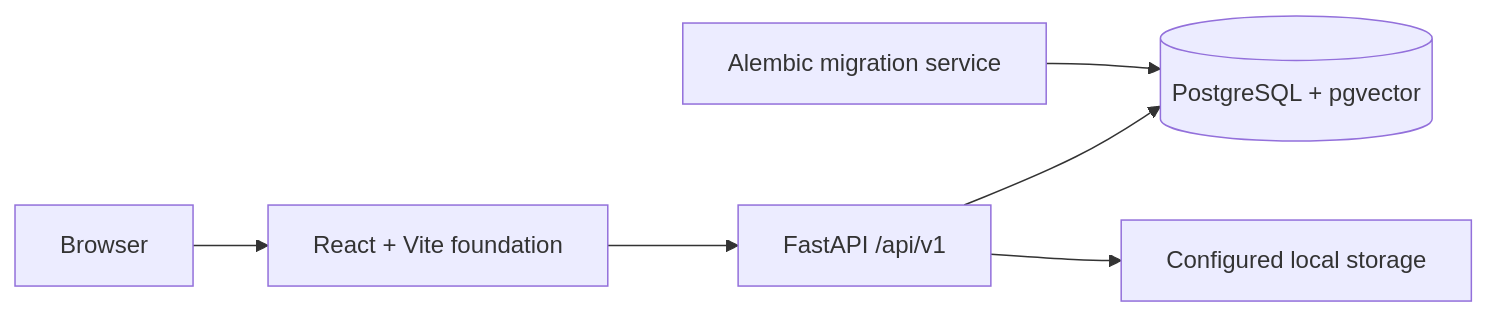
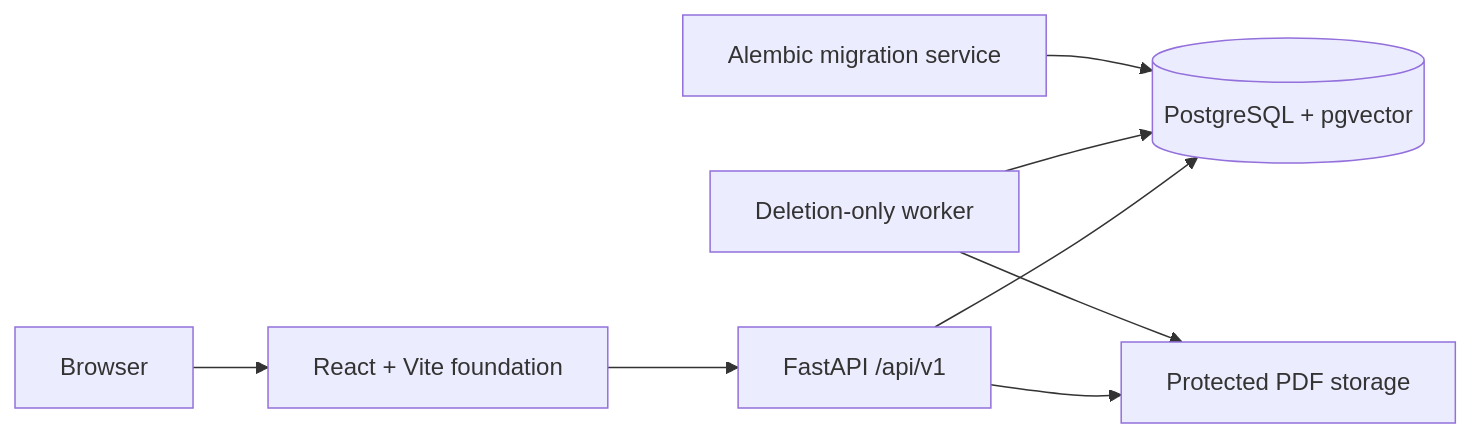
Before and after one commit to jkenken240/DocIntel: the diagram in docs/architecture.md, drawn with Mermaid. The commit also changed other lines of this file and 27 other files, not shown here.

````diff
--- a/docs/architecture.md
+++ b/docs/architecture.md
@@ -21,8 +19,10 @@
 ```mermaid
 flowchart LR
     Browser["Browser"] --> Web["React + Vite foundation"]
     Web --> API["FastAPI /api/v1"]
     API --> DB[("PostgreSQL + pgvector")]
-    API --> Storage["Configured local storage"]
+    API --> Storage["Protected PDF storage"]
+    Worker["Deletion-only worker"] --> DB
+    Worker --> Storage
     Migrate["Alembic migration service"] --> DB
 ```
````
